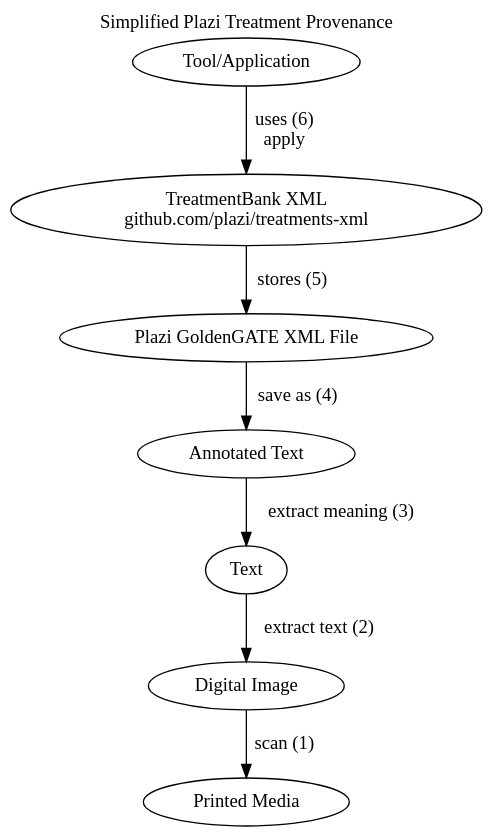
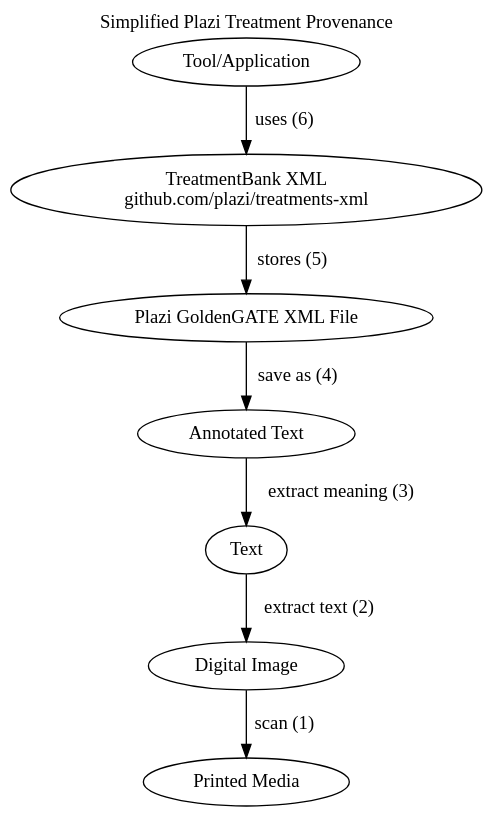
The diagram in plazi-zenodo/assets/plazi-provenance.dot (globalbioticinteractions/globalbioticinteractions.github.io), drawn with Graphviz before and after one commit. The commit also changed 2 other files, not shown here.

```diff
--- a/plazi-zenodo/assets/plazi-provenance.dot
+++ b/plazi-zenodo/assets/plazi-provenance.dot
@@ -1,23 +1,23 @@
 digraph pairwise {
     bgcolor="transparent";
     labelloc="t";
     label="Simplified Plazi Treatment Provenance";
     a1 [label="Printed Media"];
     b1 [label="Digital Image"];
     c1 [label="Text"];
     d1 [label="Annotated Text"];
     e1 [label="Plazi GoldenGATE XML File"];
     f1 [label="TreatmentBank XML\ngithub.com/plazi/treatments-xml"];
     g1 [label="Tool/Application"];
     //{ rank=same;
     b1 -> a1 [label="scan (1)"];
     c1 -> b1 [label="extract text (2)"];
     //};
     //{ 
 
     d1 -> c1 [label="extract meaning (3)"];
     e1 -> d1 [label="save as (4)"];
     f1 -> e1 [label="stores (5)"];
-    g1 -> f1 [label="uses (6)\napply"];
+    g1 -> f1 [label="uses (6)"];
     //};
 }
```
